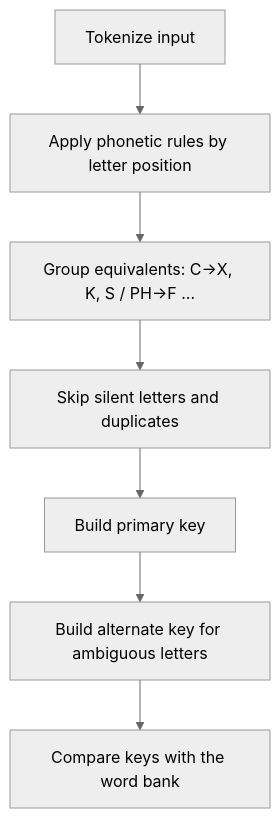
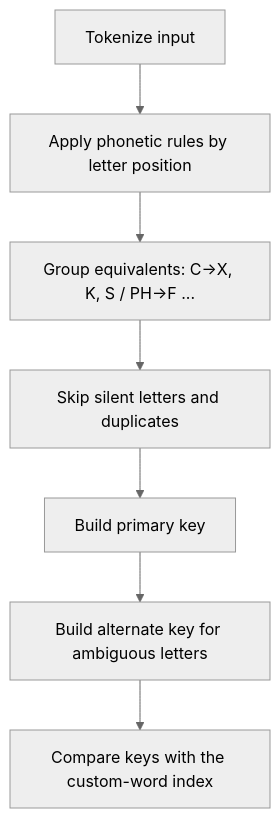
Before and after one commit to biszdevelopers/general-moderation: the diagram in docs/algorithms/metaphone.md, drawn with Mermaid (neutral theme). The commit also changed other lines of this file, not shown here.

Commit message:
[DOCS] Note the custom-words-only phonetic layer

````diff
--- a/docs/algorithms/metaphone.md
+++ b/docs/algorithms/metaphone.md
@@ -30,9 +33,9 @@
 ```mermaid
 flowchart TD
     A[Tokenize input] --> B[Apply phonetic rules by letter position]
     B --> C[Group equivalents: C->X, K, S / PH->F ...]
     C --> D[Skip silent letters and duplicates]
     D --> E[Build primary key]
     E --> F[Build alternate key for ambiguous letters]
-    F --> G[Compare keys with the word bank]
+    F --> G[Compare keys with the custom-word index]
 ```
````
